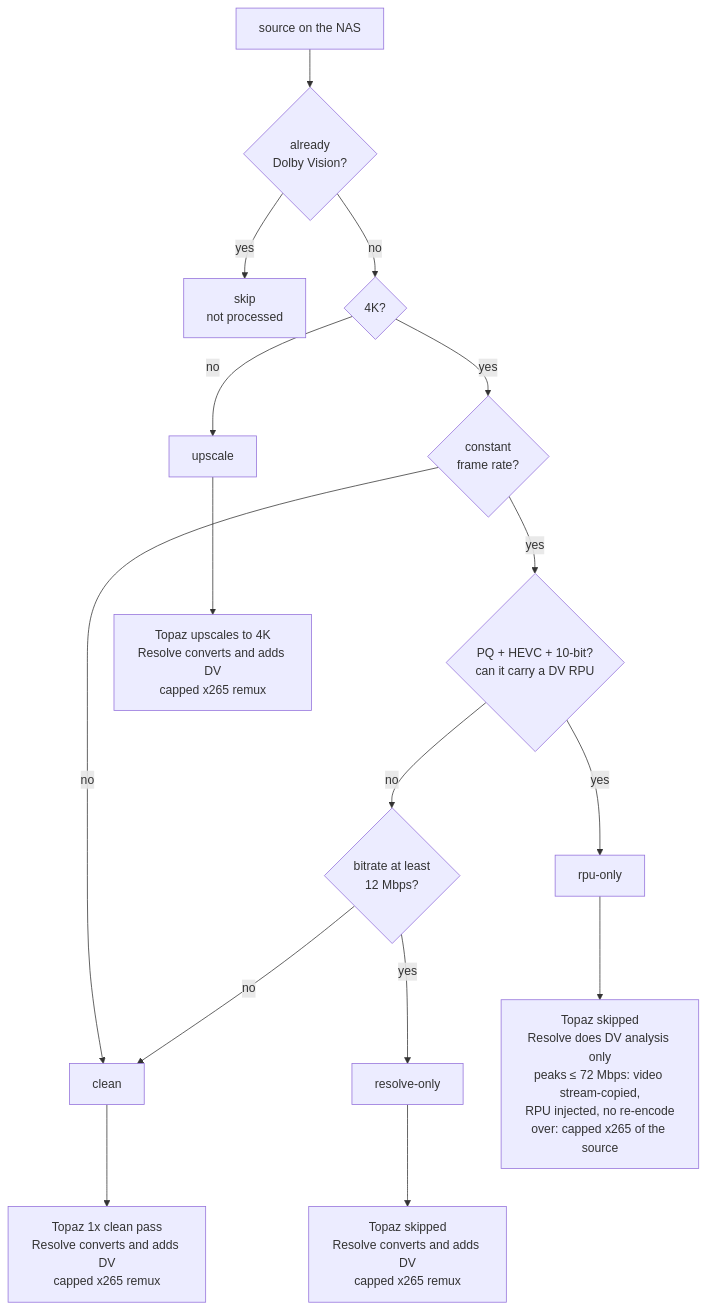
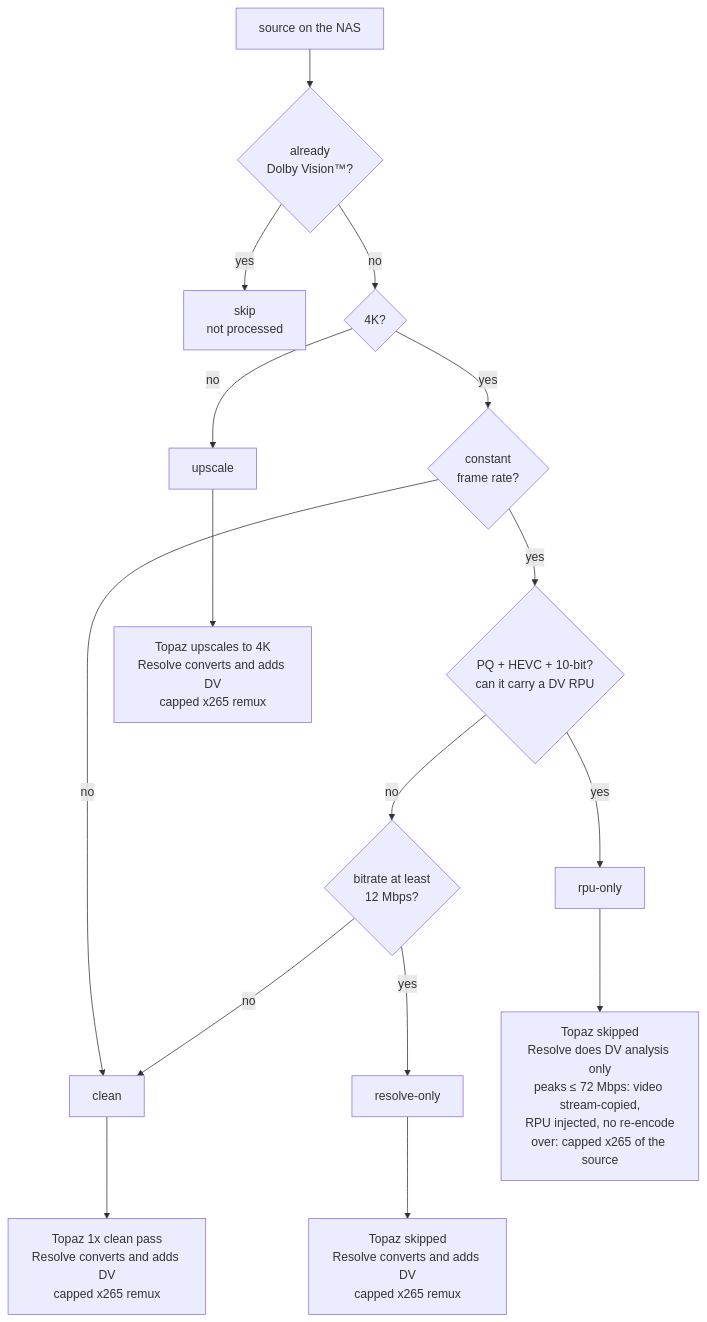
The diagram in README.md (adamkbritsch/visionary), drawn with Mermaid before and after one commit. The commit also changed other lines of this file and 15 other files, not shown here.

First line of the commit message:
New Visionary logo and app icon; Dolby Vision™ throughout the README

````diff
--- a/README.md
+++ b/README.md
@@ -283,19 +283,19 @@
 ```mermaid
 flowchart TD
-    S["source on the NAS"] --> DV{"already<br/>Dolby Vision?"}
+    S["source on the NAS"] --> DV{"already<br/>Dolby Vision™?"}
     DV -->|yes| SKIP["skip<br/>not processed"]
     DV -->|no| FOURK{"4K?"}
     FOURK -->|no| UPS["upscale"]
     FOURK -->|yes| CFR{"constant<br/>frame rate?"}
     CFR -->|no| CLEAN["clean"]
     CFR -->|yes| RPU{"PQ + HEVC + 10-bit?<br/>can it carry a DV RPU"}
     RPU -->|yes| INJ["rpu-only"]
     RPU -->|no| BR{"bitrate at least<br/>12 Mbps?"}
     BR -->|yes| CONV["resolve-only"]
     BR -->|no| CLEAN
 
     INJ --> INJ2["Topaz skipped<br/>Resolve does DV analysis only<br/>peaks &le; 72 Mbps: video stream-copied,<br/>RPU injected, no re-encode<br/>over: capped x265 of the source"]
     CONV --> CONV2["Topaz skipped<br/>Resolve converts and adds DV<br/>capped x265 remux"]
     CLEAN --> CLEAN2["Topaz 1x clean pass<br/>Resolve converts and adds DV<br/>capped x265 remux"]
     UPS --> UPS2["Topaz upscales to 4K<br/>Resolve converts and adds DV<br/>capped x265 remux"]
 ```
````
